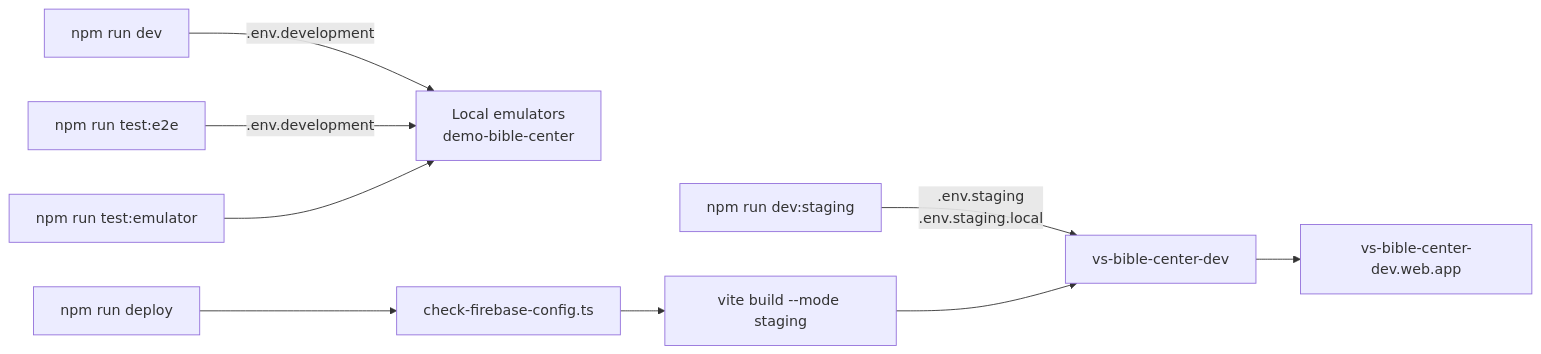
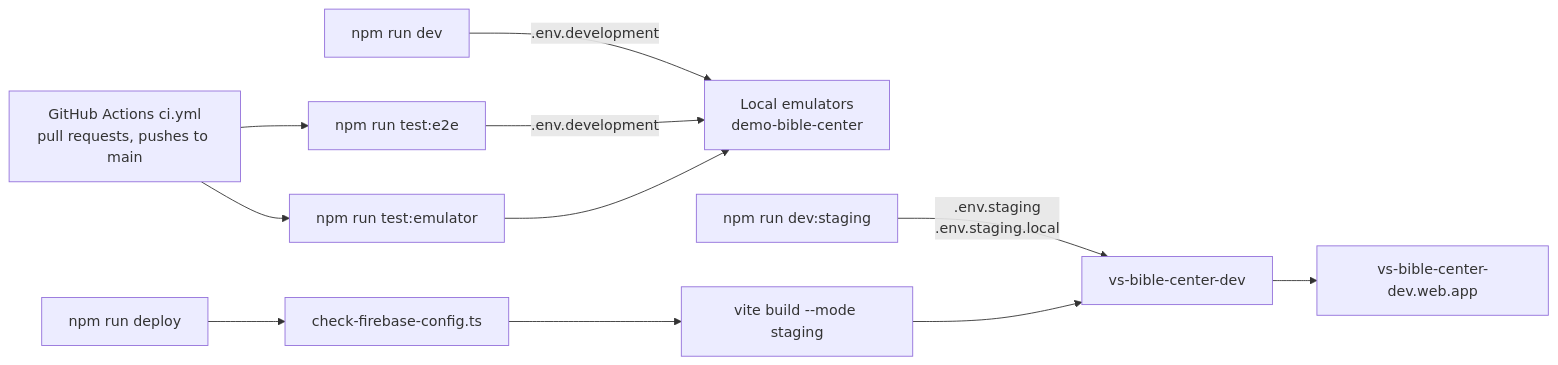
Before and after one commit to Valiance-Studios/bible-center: the ninth of 9 diagrams in ARCHITECTURE.md, drawn with Mermaid. The commit also changed other lines of this file and 5 other files, not shown here.

First line of the commit message:
Add GitHub Actions CI and record the My verses approval (#6)

````diff
--- a/ARCHITECTURE.md
+++ b/ARCHITECTURE.md
@@ -435,11 +434,13 @@
 ```mermaid
 flowchart LR
   dev["npm run dev"] -- ".env.development" --> emulators["Local emulators<br/>demo-bible-center"]
   e2e["npm run test:e2e"] -- ".env.development" --> emulators
   rules["npm run test:emulator"] --> emulators
+  ci["GitHub Actions ci.yml<br/>pull requests, pushes to main"] --> e2e
+  ci --> rules
   staging["npm run dev:staging"] -- ".env.staging<br/>.env.staging.local" --> project["vs-bible-center-dev"]
   deploy["npm run deploy"] --> check["check-firebase-config.ts"]
   check --> build["vite build --mode staging"]
   build --> project
   project --> site["vs-bible-center-dev.web.app"]
 ```
````
